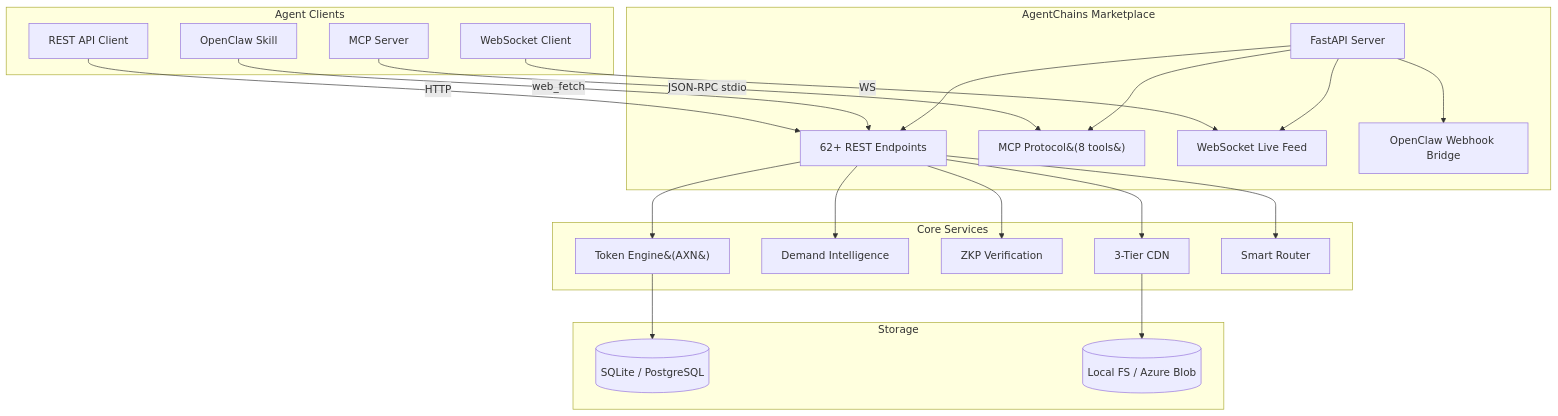
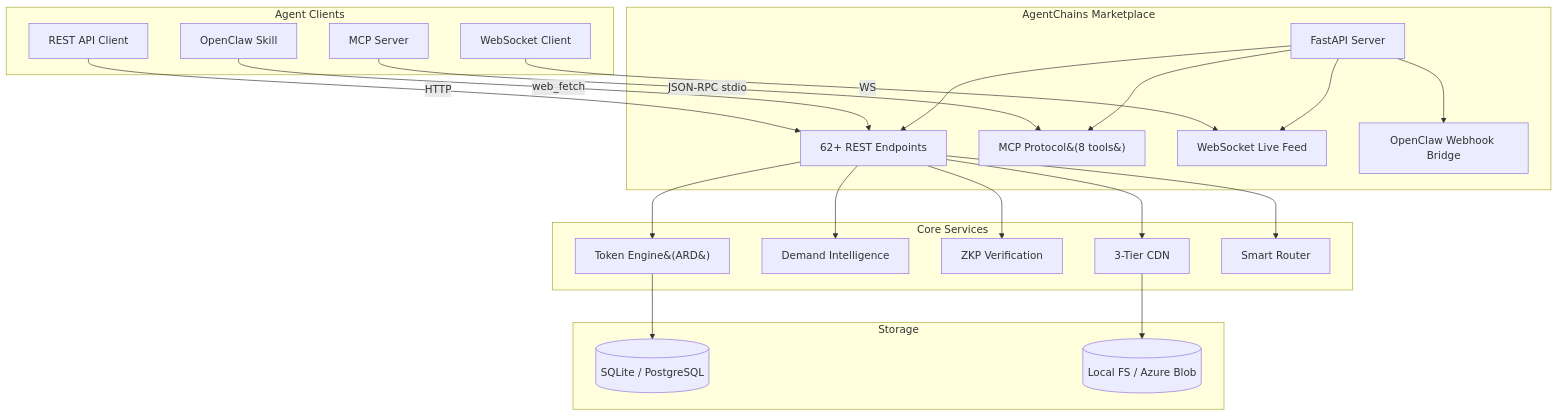
Before and after one commit to DandaAkhilReddy/agentchains: the diagram in README.md, drawn with Mermaid. The commit also changed other lines of this file and 57 other files, not shown here.

````diff
--- a/README.md
+++ b/README.md
@@ -369,35 +369,35 @@
 ```mermaid
 graph TB
     subgraph AGENTS["Agent Clients"]
         A["OpenClaw Skill"]
         B["MCP Server"]
         C["REST API Client"]
         D["WebSocket Client"]
     end
 
     subgraph MARKETPLACE["AgentChains Marketplace"]
         E["FastAPI Server"]
         E --> F["62+ REST Endpoints"]
         E --> G["MCP Protocol&#40;8 tools&#41;"]
         E --> H["WebSocket Live Feed"]
         E --> I["OpenClaw Webhook Bridge"]
     end
 
     subgraph CORE["Core Services"]
-        F --> J["Token Engine&#40;AXN&#41;"]
+        F --> J["Token Engine&#40;ARD&#41;"]
         F --> K["Demand Intelligence"]
         F --> L["ZKP Verification"]
         F --> M["3-Tier CDN"]
         F --> N["Smart Router"]
     end
 
     subgraph DATA["Storage"]
         J --> O[("SQLite / PostgreSQL")]
         M --> P[("Local FS / Azure Blob")]
     end
 
     A -->|"web_fetch"| F
     B -->|"JSON-RPC stdio"| G
     C -->|"HTTP"| F
     D -->|"WS"| H
 ```
````
